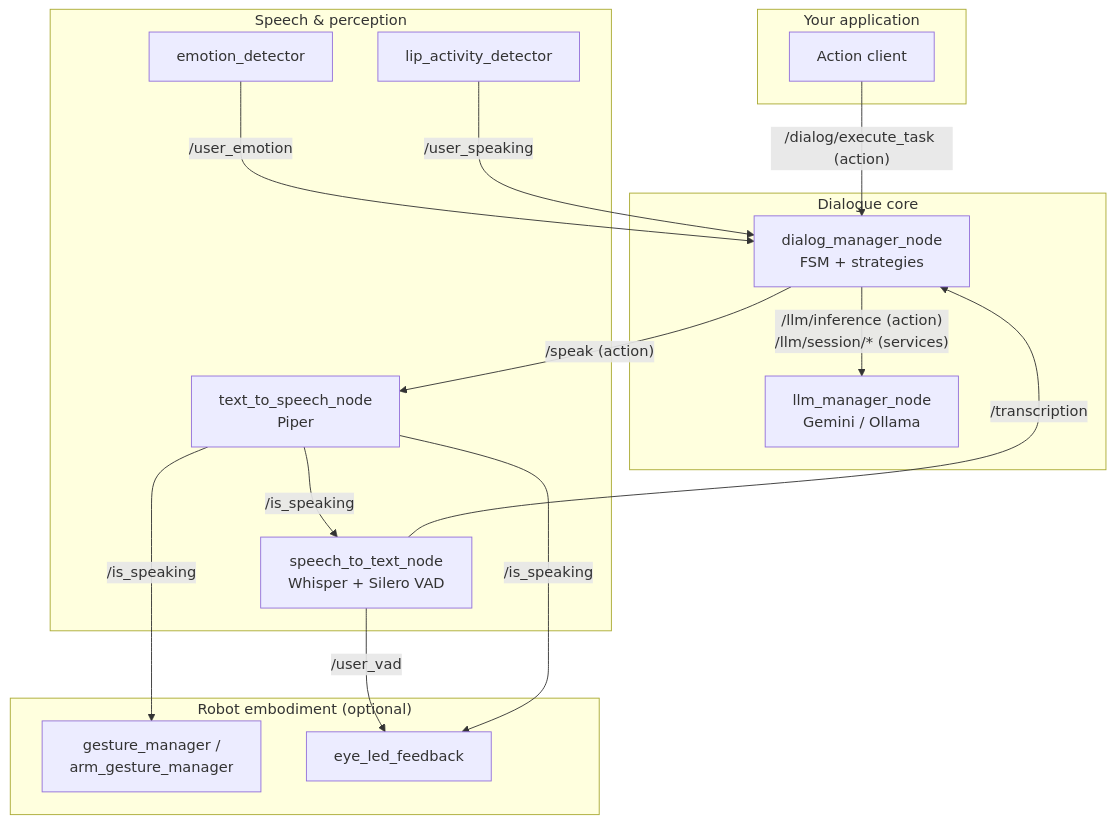
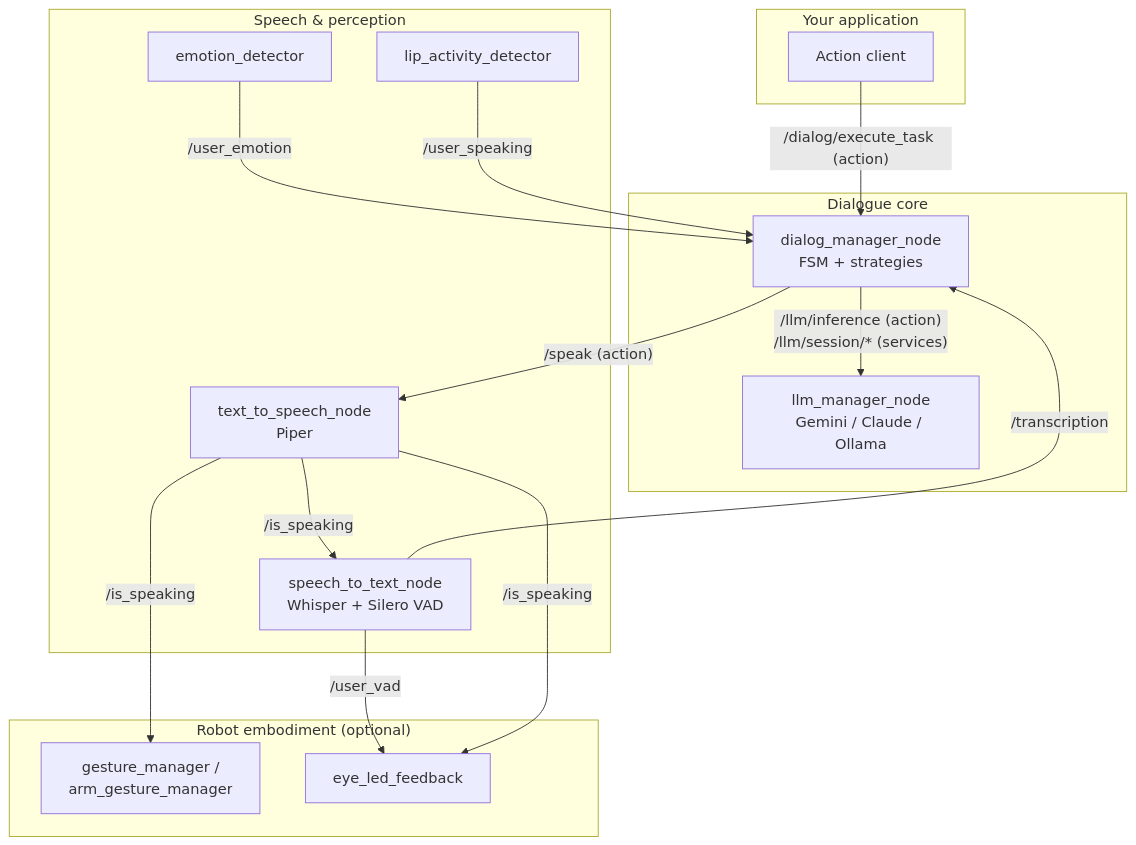
The diagram in README.md (aquintan4/DialoStack), drawn with Mermaid before and after one commit. The commit also changed other lines of this file and 20 other files, not shown here.

First line of the commit message:
Add Claude LLM provider and one-command Windows Docker setup

````diff
--- a/README.md
+++ b/README.md
@@ -51,34 +51,34 @@
 ```mermaid
 flowchart TB
     subgraph client ["Your application"]
         APP["Action client"]
     end
 
     subgraph core ["Dialogue core"]
         DM["dialog_manager_node<br/>FSM + strategies"]
-        LLM["llm_manager_node<br/>Gemini / Ollama"]
+        LLM["llm_manager_node<br/>Gemini / Claude / Ollama"]
     end
 
     subgraph io ["Speech & perception"]
         STT["speech_to_text_node<br/>Whisper + Silero VAD"]
         TTS["text_to_speech_node<br/>Piper"]
         EMO["emotion_detector"]
         LIP["lip_activity_detector"]
     end
 
     subgraph robot ["Robot embodiment (optional)"]
         GES["gesture_manager /<br/>arm_gesture_manager"]
         LED["eye_led_feedback"]
     end
 
     APP -- "/dialog/execute_task (action)" --> DM
     DM -- "/llm/inference (action)<br/>/llm/session/* (services)" --> LLM
     STT -- "/transcription" --> DM
     DM -- "/speak (action)" --> TTS
     TTS -- "/is_speaking" --> STT
     TTS -- "/is_speaking" --> GES
     STT -- "/user_vad" --> LED
     TTS -- "/is_speaking" --> LED
     EMO -- "/user_emotion" --> DM
     LIP -- "/user_speaking" --> DM
 ```
````
